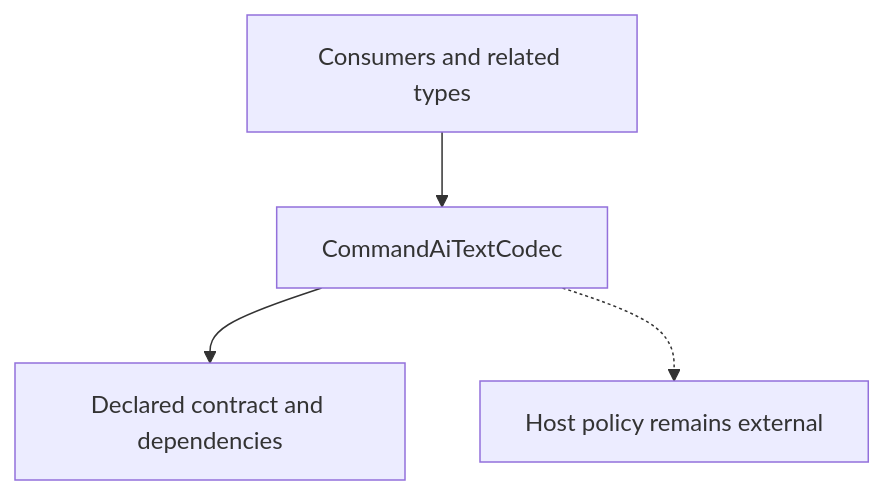
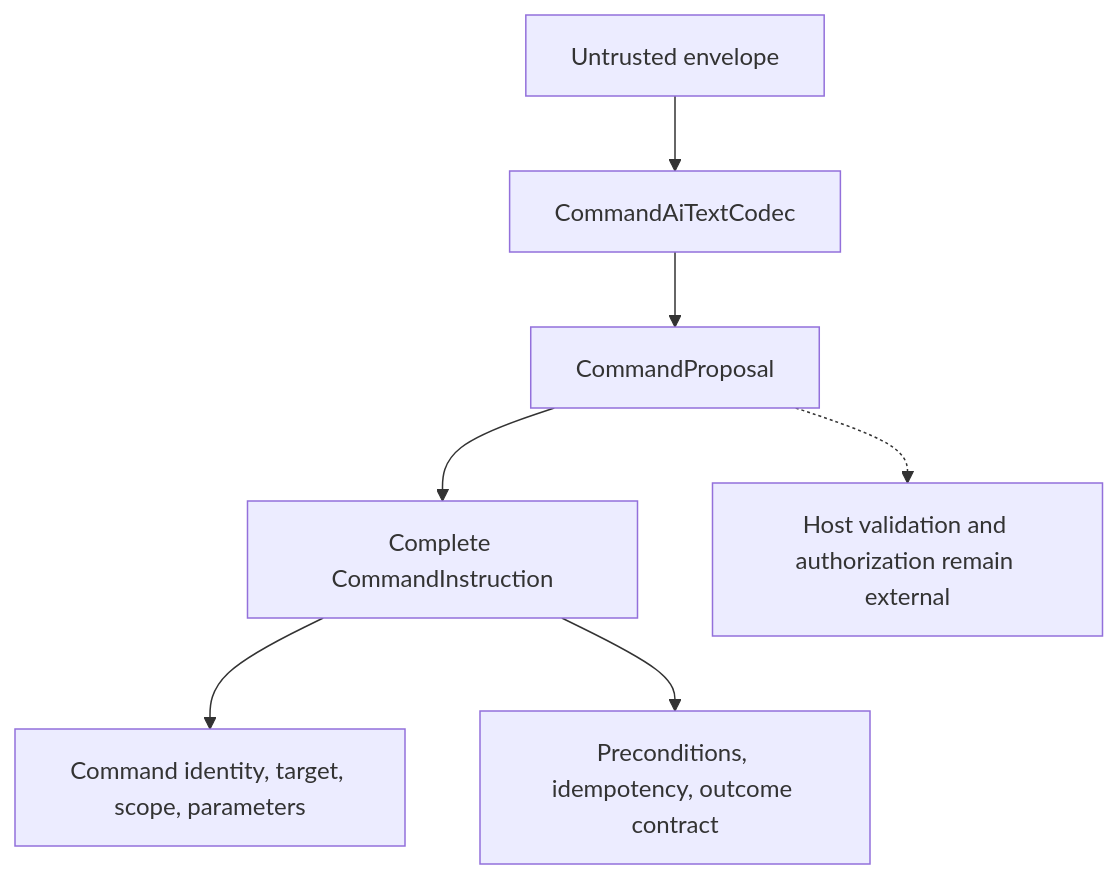
One commit to TrentBest/TheSingularityWorkshop.CommandAi changed the diagram in docs/UML/CommandAiTextCodecUML.md. Above: the diagram before and after it, drawn with Mermaid. The commit also changed other lines of this file, not shown here.

Commit message:
Update codec UML to CommandAi/2 model

````diff
--- a/docs/UML/CommandAiTextCodecUML.md
+++ b/docs/UML/CommandAiTextCodecUML.md
@@ -10,6 +6,9 @@
-```mermaid
+~~~mermaid
 flowchart TD
-  C[Consumers and related types] --> T[CommandAiTextCodec]
-  T --> D[Declared contract and dependencies]
-  T -.-> H[Host policy remains external]
-```
+  I[Untrusted envelope] --> C[CommandAiTextCodec]
+  C --> P[CommandProposal]
+  P --> A[Complete CommandInstruction]
+  A --> M[Command identity, target, scope, parameters]
+  A --> R[Preconditions, idempotency, outcome contract]
+  P -.-> H[Host validation and authorization remain external]
+~~~
````
